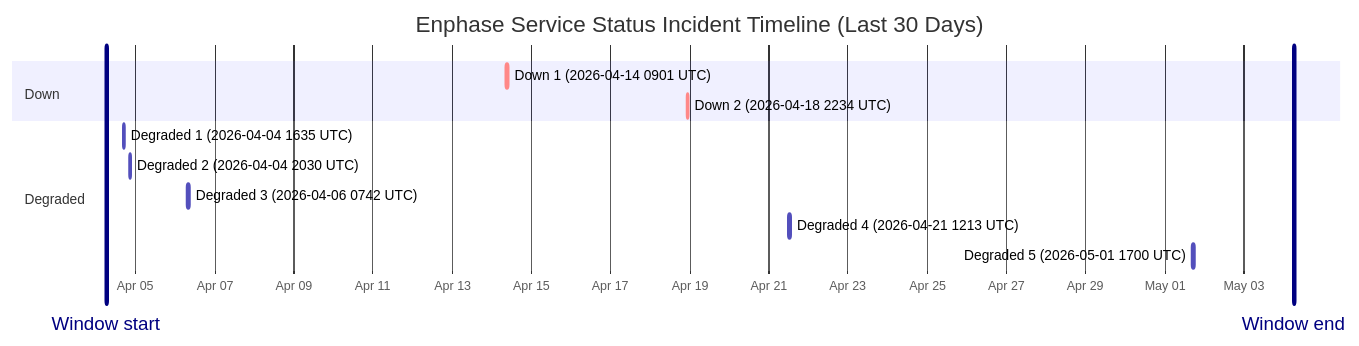
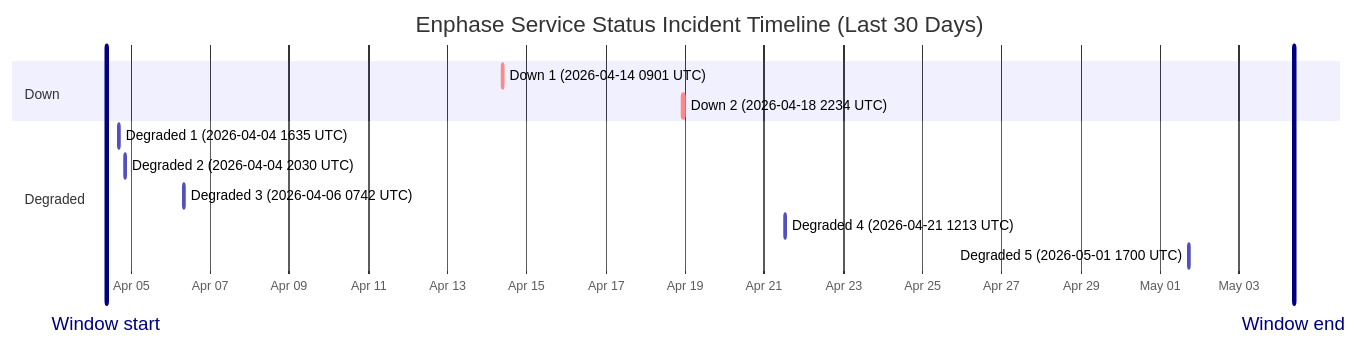
The diagram in wiki/Service-Status-History.md (barneyonline/ha-enphase-ev-charger), drawn with Mermaid before and after one commit. The commit also changed other lines of this file and 3 other files, not shown here.

````diff
--- a/wiki/Service-Status-History.md
+++ b/wiki/Service-Status-History.md
@@ -14,17 +14,17 @@
 ```mermaid
 gantt
     title Enphase Service Status Incident Timeline (Last 30 Days)
     dateFormat  YYYY-MM-DDTHH:mm:ss
     axisFormat  %b %d
-    Window start :vert, window-start, 2026-04-04T06:12:26, 0ms
-    Window end :vert, window-end, 2026-05-04T06:12:26, 0ms
+    Window start :vert, window-start, 2026-04-04T09:02:28, 0ms
+    Window end :vert, window-end, 2026-05-04T09:02:28, 0ms
     section Down
     Down 1 (2026-04-14 0901 UTC) :crit, down-1, 2026-04-14T09:01:13, 60m
     Down 2 (2026-04-18 2234 UTC) :crit, down-2, 2026-04-18T22:34:13, 60m
     section Degraded
     Degraded 1 (2026-04-04 1635 UTC) :active, degraded-1, 2026-04-04T16:35:17, 60m
     Degraded 2 (2026-04-04 2030 UTC) :active, degraded-2, 2026-04-04T20:30:40, 60m
     Degraded 3 (2026-04-06 0742 UTC) :active, degraded-3, 2026-04-06T07:42:09, 85m
     Degraded 4 (2026-04-21 1213 UTC) :active, degraded-4, 2026-04-21T12:13:11, 60m
     Degraded 5 (2026-05-01 1700 UTC) :active, degraded-5, 2026-05-01T17:00:22, 60m
 ```
````
